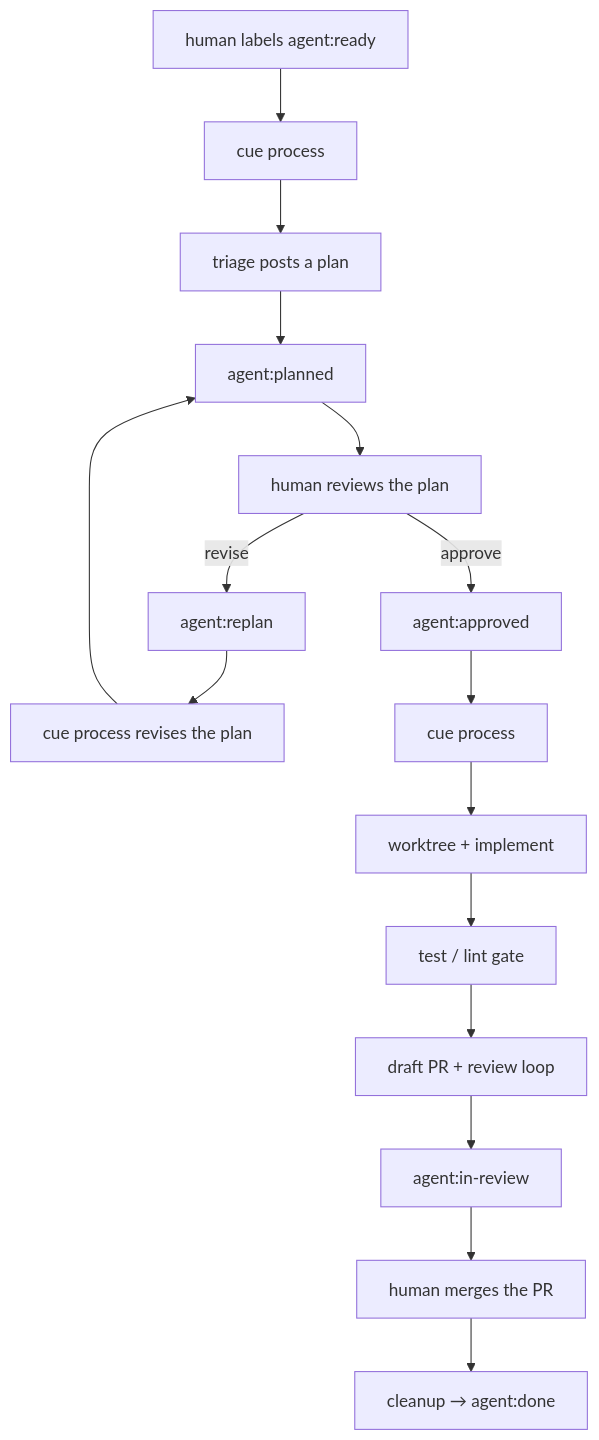
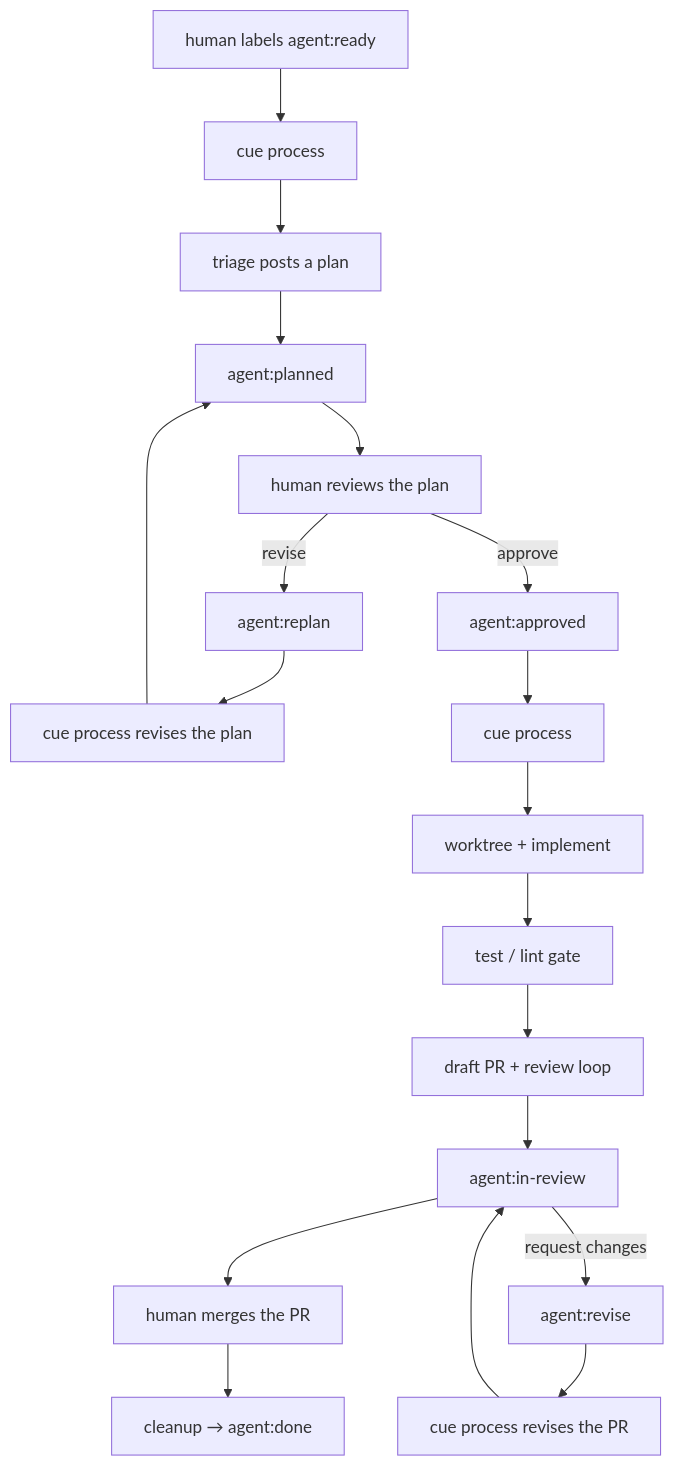
Before and after one commit to hamedniroomand/cue: the first of 2 diagrams in docs/content/guide/pipeline.md, drawn with Mermaid. The commit also changed other lines of this file and 23 other files, not shown here.

Commit message:
feat(pipeline): send human PR feedback back through an agent revise stage

````diff
--- a/docs/content/guide/pipeline.md
+++ b/docs/content/guide/pipeline.md
@@ -5,18 +5,21 @@
 ```mermaid
 flowchart TD
   ready["human labels agent:ready"] --> poll1["cue process"]
   poll1 --> triage["triage posts a plan"]
   triage --> planned["agent:planned"]
   planned --> human["human reviews the plan"]
   human -->|"revise"| replan["agent:replan"]
   human -->|"approve"| approved["agent:approved"]
   replan --> pollR["cue process revises the plan"]
   pollR --> planned
   approved --> poll2["cue process"]
   poll2 --> dev["worktree + implement"]
   dev --> gate["test / lint gate"]
   gate --> review["draft PR + review loop"]
   review --> inReview["agent:in-review"]
   inReview --> merge["human merges the PR"]
+  inReview -->|"request changes"| revise["agent:revise"]
+  revise --> pollV["cue process revises the PR"]
+  pollV --> inReview
   merge --> done["cleanup → agent:done"]
 ```
````
